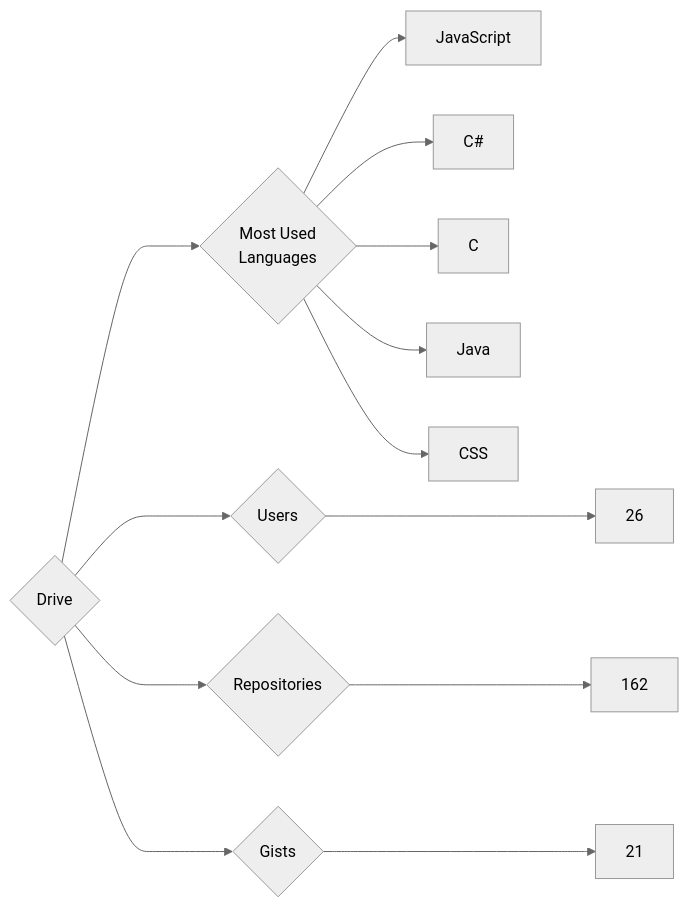
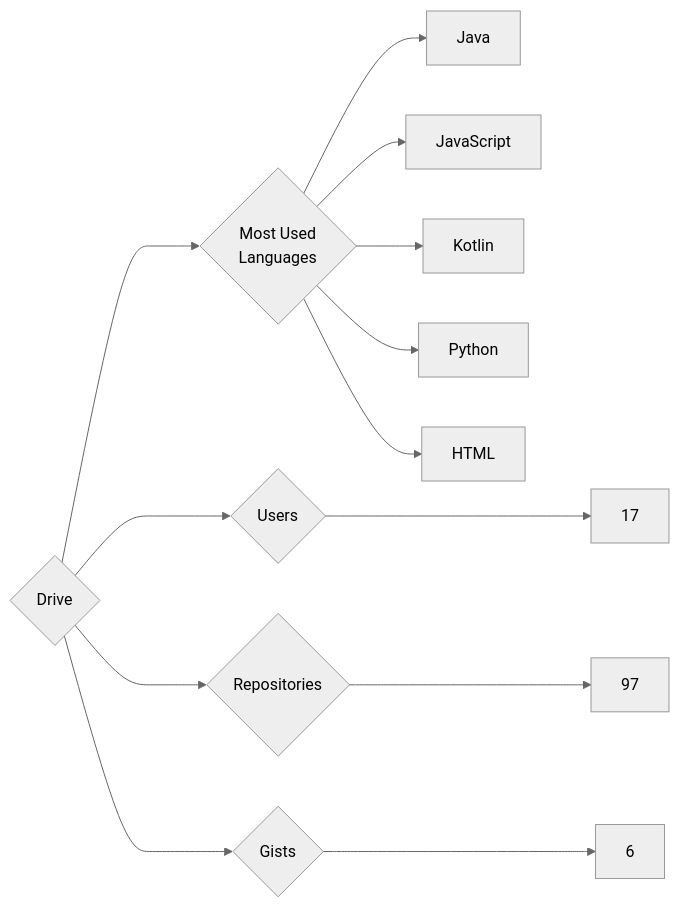
The diagram in targets/Drive/README.md (trickest/insiders), drawn with Mermaid (neutral theme) before and after one commit. The commit also changed 772 other files, not shown here.

````diff
--- a/targets/Drive/README.md
+++ b/targets/Drive/README.md
@@ -3,13 +3,13 @@
 ```mermaid
 graph LR
 COMPANY_NAME{Drive}
-COMPANY_NAME ---> U{Users} ---> UN[26]
-COMPANY_NAME ---> R{Repositories} ---> RN[162]
-COMPANY_NAME ---> G{Gists} ---> GN[21]
+COMPANY_NAME ---> U{Users} ---> UN[17]
+COMPANY_NAME ---> R{Repositories} ---> RN[97]
+COMPANY_NAME ---> G{Gists} ---> GN[6]
 COMPANY_NAME ---> ML{Most Used<br>Languages}
+ML --> Java[Java]
 ML --> JavaScript[JavaScript]
-ML --> C#[C#]
-ML --> C[C]
-ML --> Java[Java]
-ML --> CSS[CSS]
+ML --> Kotlin[Kotlin]
+ML --> Python[Python]
+ML --> HTML[HTML]
 ```
````
